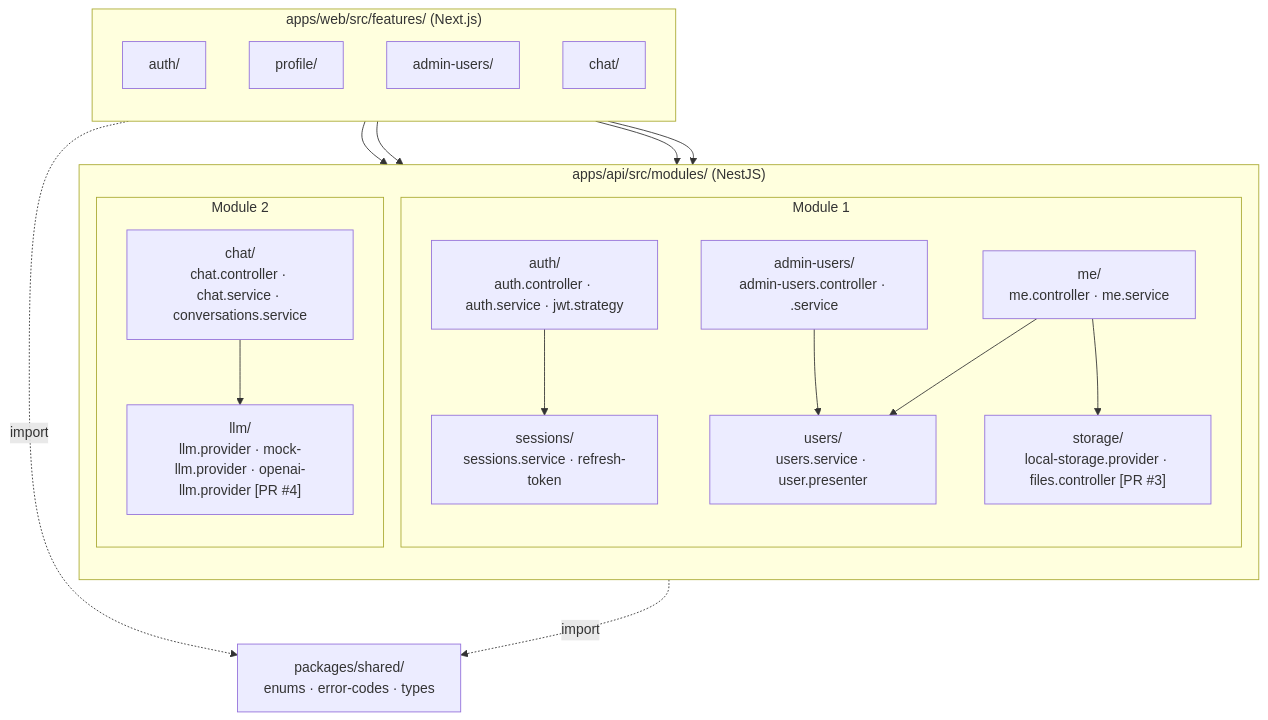
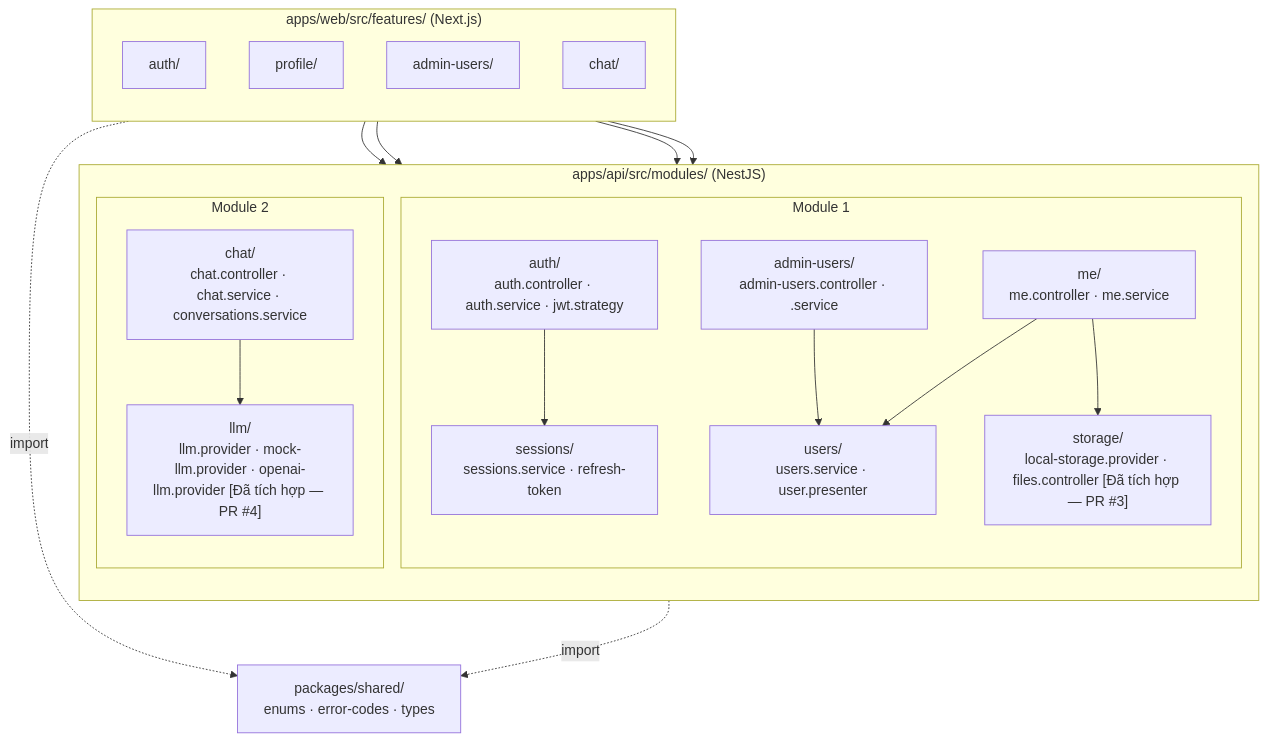
Before and after one commit to duong2604/cat_gpt: the diagram in docs/thesis/03-implementation.md, drawn with Mermaid. The commit also changed other lines of this file and 9 other files, not shown here.

````diff
--- a/docs/thesis/03-implementation.md
+++ b/docs/thesis/03-implementation.md
@@ -24,38 +24,38 @@
 ```mermaid
 flowchart TB
   subgraph API["apps/api/src/modules/ (NestJS)"]
     direction TB
     subgraph M1B["Module 1"]
       auth["auth/<br/>auth.controller · auth.service · jwt.strategy"]
       sessions["sessions/<br/>sessions.service · refresh-token"]
       users["users/<br/>users.service · user.presenter"]
       me["me/<br/>me.controller · me.service"]
       admin["admin-users/<br/>admin-users.controller · .service"]
-      storage["storage/<br/>local-storage.provider · files.controller [PR #3]"]
+      storage["storage/<br/>local-storage.provider · files.controller [Đã tích hợp — PR #3]"]
     end
     subgraph M2B["Module 2"]
       chat["chat/<br/>chat.controller · chat.service · conversations.service"]
-      llm["llm/<br/>llm.provider · mock-llm.provider · openai-llm.provider [PR #4]"]
+      llm["llm/<br/>llm.provider · mock-llm.provider · openai-llm.provider [Đã tích hợp — PR #4]"]
     end
   end
   subgraph WEB["apps/web/src/features/ (Next.js)"]
     direction TB
     fauth["auth/"]
     fprofile["profile/"]
     fadmin["admin-users/"]
     fchat["chat/"]
   end
   SH["packages/shared/<br/>enums · error-codes · types"]
 
   fauth --> auth
   fprofile --> me
   fadmin --> admin
   fchat --> chat
   chat --> llm
   auth --> sessions
   admin --> users
   me --> users
   me --> storage
   WEB -. import .-> SH
   API -. import .-> SH
 ```
````
